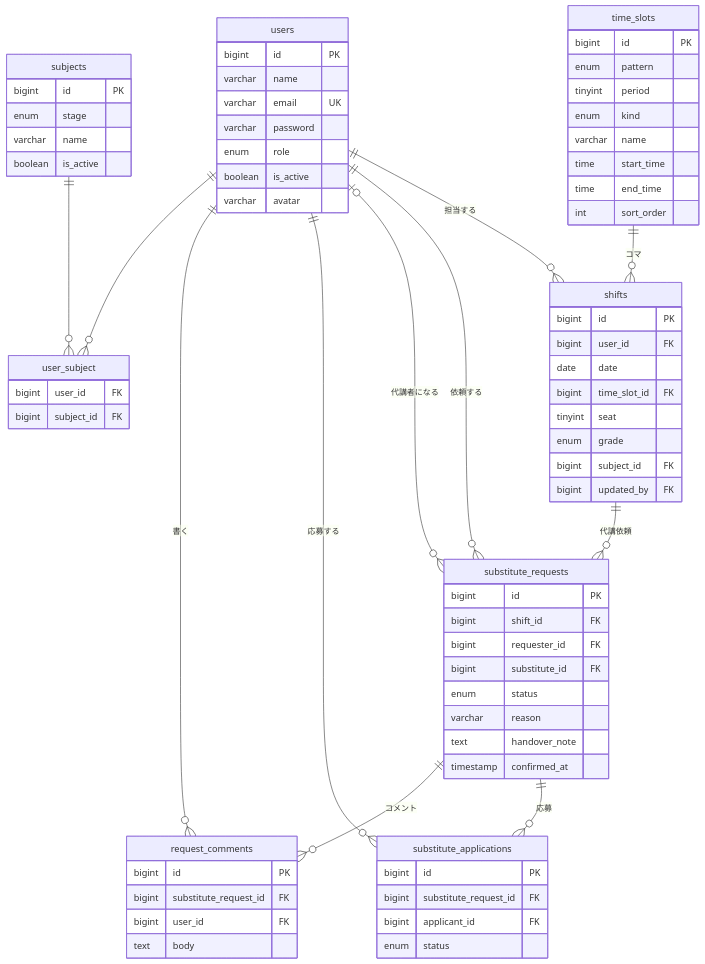
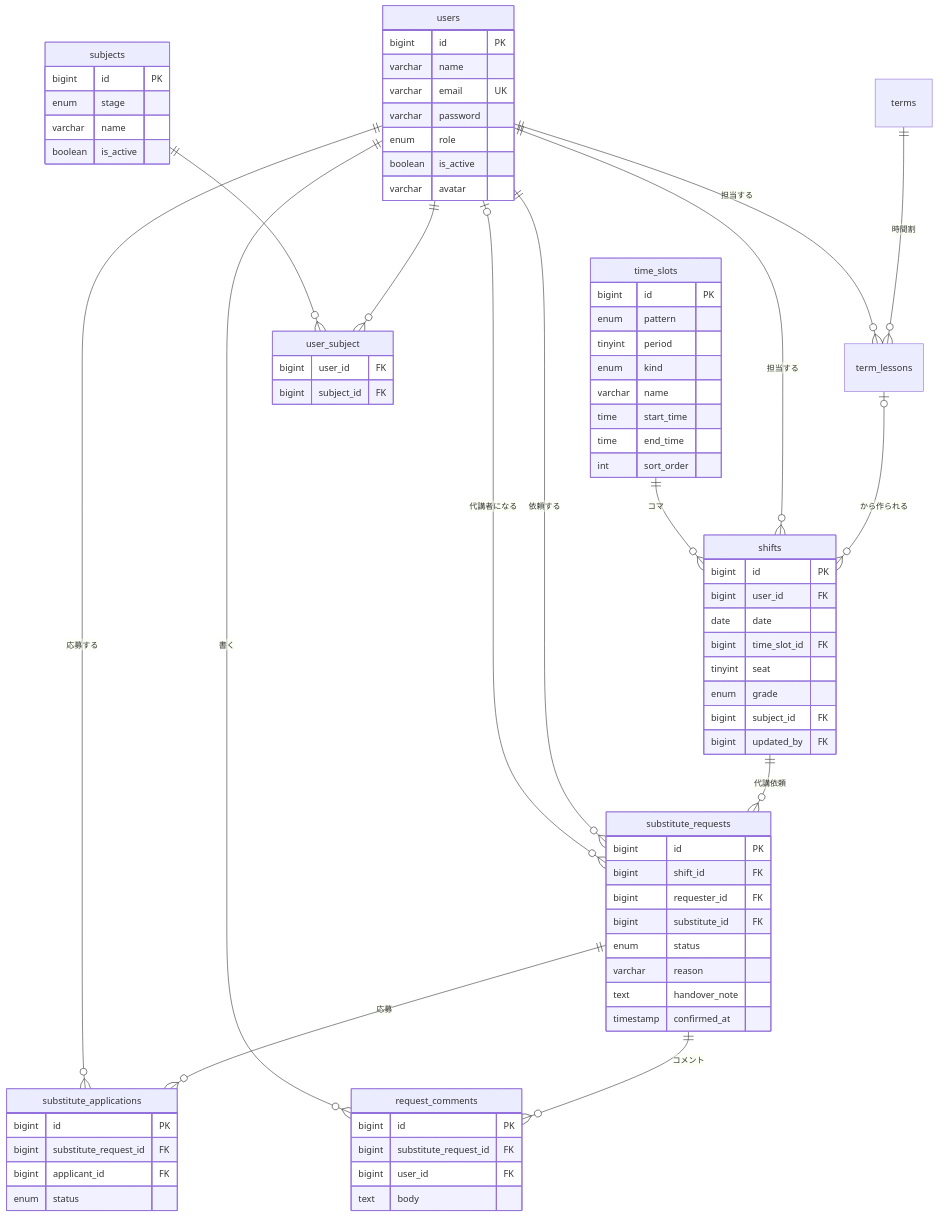
The diagram in docs/design/02_database-design.md (tomoki-omigawa-tech/daikolink), drawn with Mermaid before and after one commit. The commit also changed other lines of this file and 11 other files, not shown here.

````diff
--- a/docs/design/02_database-design.md
+++ b/docs/design/02_database-design.md
@@ -4,76 +4,79 @@
 ```mermaid
 erDiagram
+    terms ||--o{ term_lessons : "時間割"
+    term_lessons |o--o{ shifts : "から作られる"
+    users ||--o{ term_lessons : "担当する"
     users ||--o{ shifts : "担当する"
     time_slots ||--o{ shifts : "コマ"
     shifts ||--o{ substitute_requests : "代講依頼"
     users ||--o{ substitute_requests : "依頼する"
     users |o--o{ substitute_requests : "代講者になる"
     substitute_requests ||--o{ substitute_applications : "応募"
     users ||--o{ substitute_applications : "応募する"
     substitute_requests ||--o{ request_comments : "コメント"
     users ||--o{ request_comments : "書く"
     users ||--o{ user_subject : ""
     subjects ||--o{ user_subject : ""
 
     users {
         bigint id PK
         varchar name
         varchar email UK
         varchar password
         enum role
         boolean is_active
         varchar avatar
     }
     time_slots {
         bigint id PK
         enum pattern
         tinyint period
         enum kind
         varchar name
         time start_time
         time end_time
         int sort_order
     }
     shifts {
         bigint id PK
         bigint user_id FK
         date date
         bigint time_slot_id FK
         tinyint seat
         enum grade
         bigint subject_id FK
         bigint updated_by FK
     }
     substitute_requests {
         bigint id PK
         bigint shift_id FK
         bigint requester_id FK
         bigint substitute_id FK
         enum status
         varchar reason
         text handover_note
         timestamp confirmed_at
     }
     substitute_applications {
         bigint id PK
         bigint substitute_request_id FK
         bigint applicant_id FK
         enum status
     }
     request_comments {
         bigint id PK
         bigint substitute_request_id FK
         bigint user_id FK
         text body
     }
     subjects {
         bigint id PK
         enum stage
         varchar name
         boolean is_active
     }
     user_subject {
         bigint user_id FK
         bigint subject_id FK
     }
 ```
````
